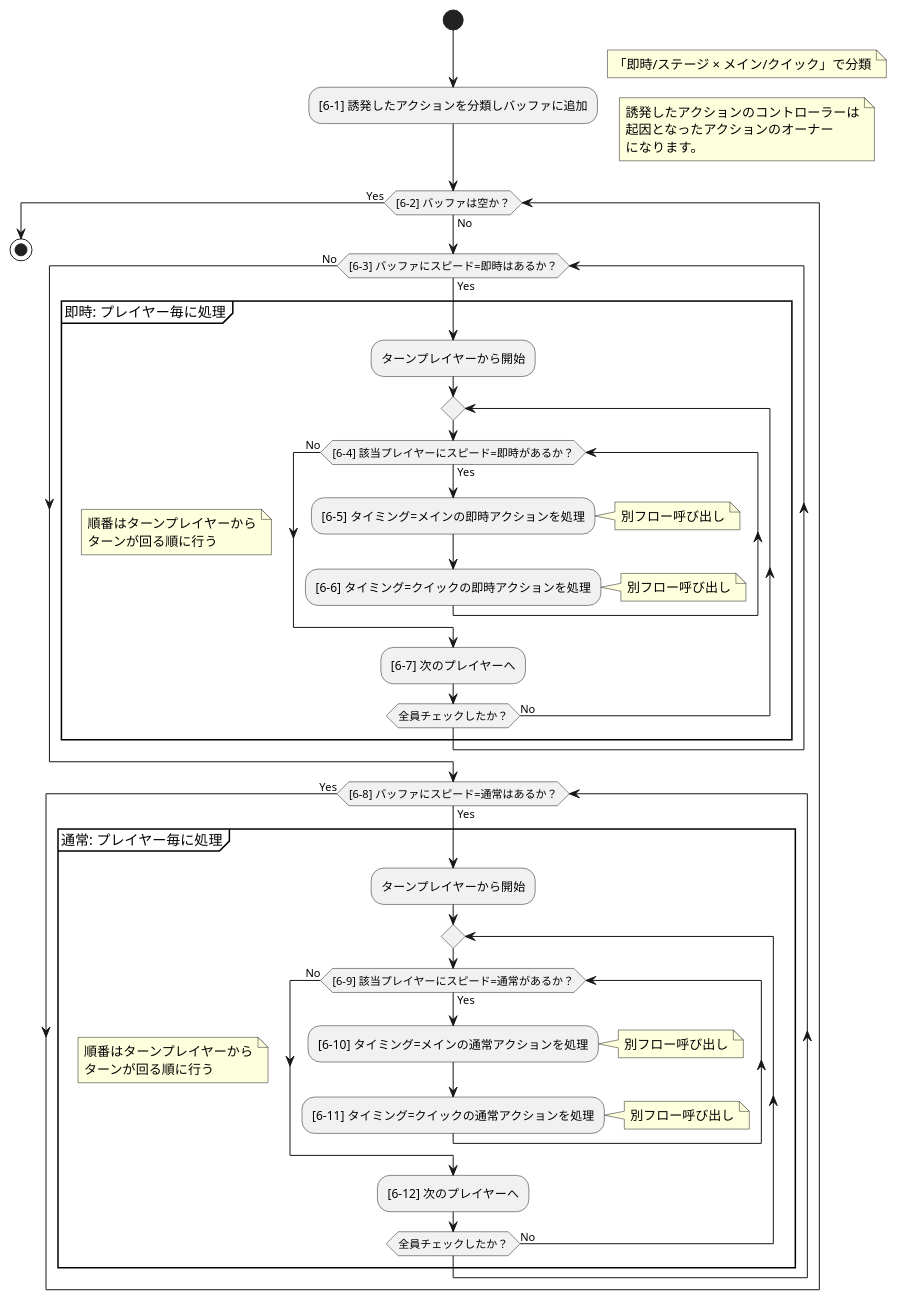
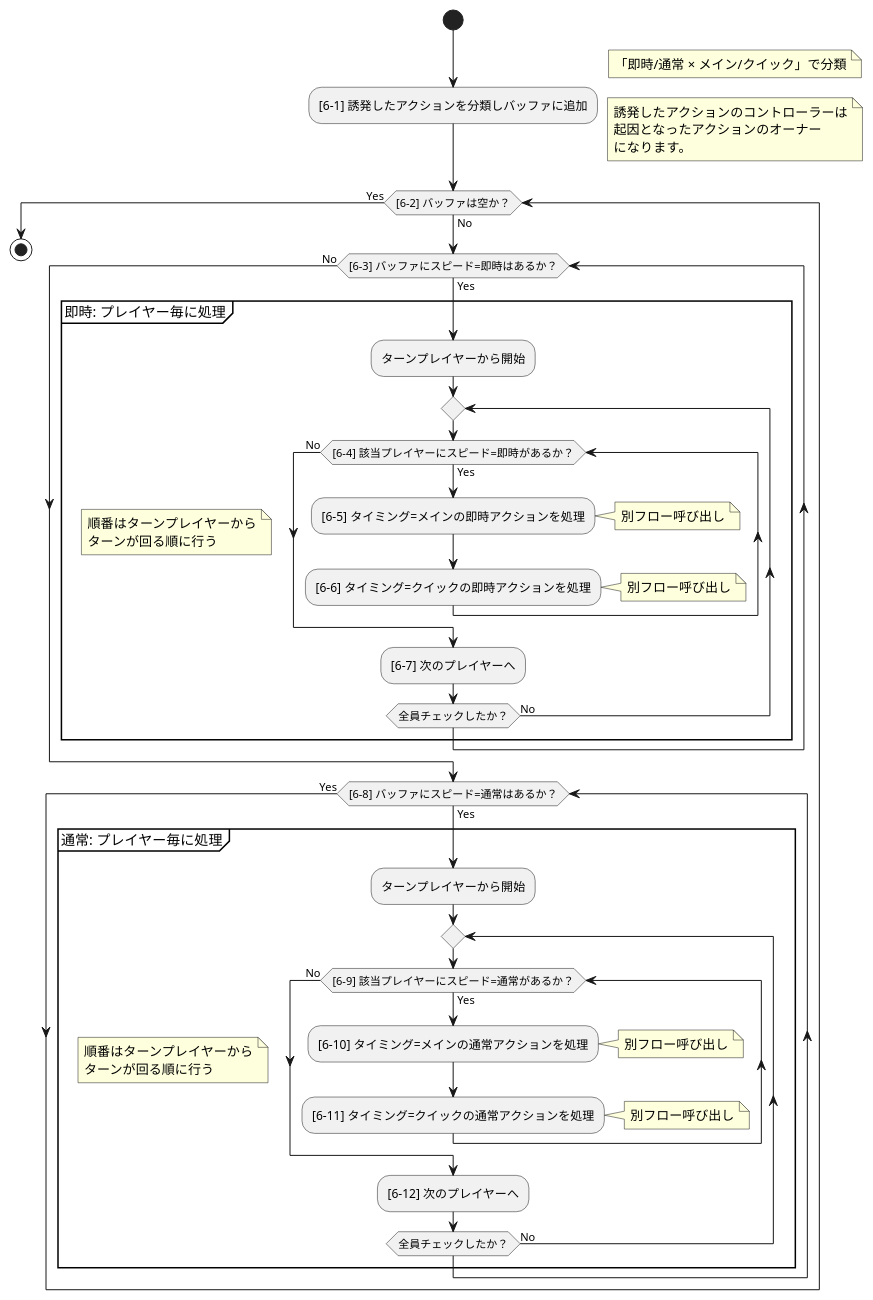
Before and after one commit to BlackPoker/BlackPoker: the diagram in source/core/triggerflow.puml, drawn with PlantUML. The commit also changed 4 other files, not shown here.

```diff
--- a/source/core/triggerflow.puml
+++ b/source/core/triggerflow.puml
@@ -1,80 +1,80 @@
 @startuml
 '==============================
 '【Main method】（アクション分類・プレイヤー毎処理）
 '==============================
 |Main method|
 start
 :[6-1] 誘発したアクションを分類しバッファに追加;
 note right
-    「即時/ステージ × メイン/クイック」で分類
+    「即時/通常 × メイン/クイック」で分類
 end note
 note right
     誘発したアクションのコントローラーは
     起因となったアクションのオーナー
     になります。
 end note
 
 while ([6-2] バッファは空か？) is (No) 
   ' 外部ループ：バッファに何らかのアクションが残っている限り処理する
 
   '-------------------------------------------
   '【即時：プレイヤー毎に処理】
   '-------------------------------------------
   while ([6-3] バッファにスピード=即時はあるか？) is (Yes)
 
     group 即時: プレイヤー毎に処理
     note
         順番はターンプレイヤーから
         ターンが回る順に行う
     end note
 
       :ターンプレイヤーから開始;
 
       repeat
         while ([6-4] 該当プレイヤーにスピード=即時があるか？) is (Yes)
           :[6-5] タイミング=メインの即時アクションを処理;
           note right
             別フロー呼び出し
           end note
           :[6-6] タイミング=クイックの即時アクションを処理;
           note right
             別フロー呼び出し
           end note
         endwhile (No)
         :[6-7] 次のプレイヤーへ;
       repeat while (全員チェックしたか？) is (No)
     end group
   endwhile (No)
 
   '-------------------------------------------
   '【通常：プレイヤー毎に処理】
   '-------------------------------------------
   while ([6-8] バッファにスピード=通常はあるか？) is (Yes)
 
     group 通常: プレイヤー毎に処理
     note
         順番はターンプレイヤーから
         ターンが回る順に行う
     end note
 
       :ターンプレイヤーから開始;
 
       repeat
         while ([6-9] 該当プレイヤーにスピード=通常があるか？) is (Yes)
           :[6-10] タイミング=メインの通常アクションを処理;
           note right
             別フロー呼び出し
           end note
           :[6-11] タイミング=クイックの通常アクションを処理;
           note right
             別フロー呼び出し
           end note
         endwhile (No)
         :[6-12] 次のプレイヤーへ;
       repeat while (全員チェックしたか？) is (No)
     end group
   endwhile (Yes)
 
 endwhile (Yes)
 stop
 @enduml
```
